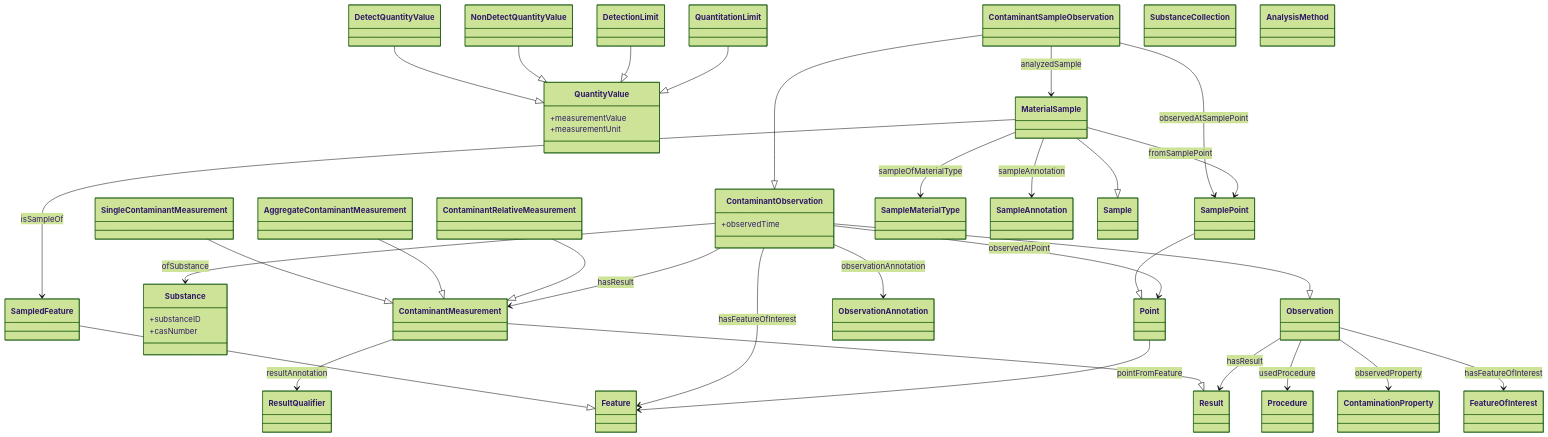
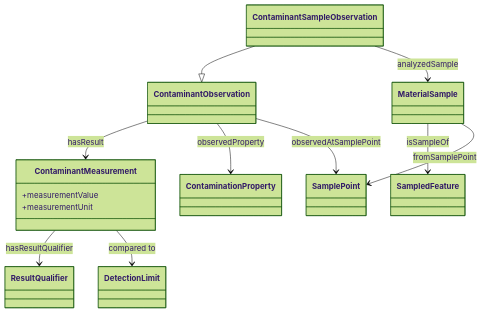
One commit to sbl-sdsc/mcp-proto-okn changed the diagram in docs/examples/sawgraph_overview.md. Above: the diagram before and after it, drawn with Mermaid (forest theme). The commit also changed other lines of this file and 14 other files, not shown here.

````diff
--- a/docs/examples/sawgraph_overview.md
+++ b/docs/examples/sawgraph_overview.md
@@ -50,74 +45,25 @@
 ```mermaid
 classDiagram
-direction TB
+    class ContaminantObservation
+    class ContaminantSampleObservation
+    class ContaminantMeasurement {
+        +measurementValue
+        +measurementUnit
+    }
+    class MaterialSample
+    class SamplePoint
+    class SampledFeature
+    class ContaminationProperty
+    class ResultQualifier
+    class DetectionLimit
 
-class ContaminantObservation {
-  +observedTime
-}
-class ContaminantSampleObservation
-class ContaminantMeasurement
-class SingleContaminantMeasurement
-class AggregateContaminantMeasurement
-class ContaminantRelativeMeasurement
-class QuantityValue {
-  +measurementValue
-  +measurementUnit
-}
-class DetectQuantityValue
-class NonDetectQuantityValue
-class DetectionLimit
-class QuantitationLimit
-class Substance {
-  +substanceID
-  +casNumber
-}
-class SubstanceCollection
-class MaterialSample
-class SampledFeature
-class Feature
-class Point
-class SamplePoint
-class SampleMaterialType
-class AnalysisMethod
-class ContaminationProperty
-class ObservationAnnotation
-class SampleAnnotation
-class ResultQualifier
-class Observation
-class Sample
-class FeatureOfInterest
-class Result
-class Procedure
-
-ContaminantObservation --|> Observation
-ContaminantSampleObservation --|> ContaminantObservation
-ContaminantMeasurement --|> Result
-SingleContaminantMeasurement --|> ContaminantMeasurement
-AggregateContaminantMeasurement --|> ContaminantMeasurement
-ContaminantRelativeMeasurement --|> ContaminantMeasurement
-DetectQuantityValue --|> QuantityValue
-NonDetectQuantityValue --|> QuantityValue
-DetectionLimit --|> QuantityValue
-QuantitationLimit --|> QuantityValue
-SampledFeature --|> Feature
-SamplePoint --|> Point
-MaterialSample --|> Sample
-
-ContaminantObservation --> ContaminantMeasurement : hasResult
-ContaminantObservation --> Substance : ofSubstance
-ContaminantObservation --> Feature : hasFeatureOfInterest
-ContaminantObservation --> Point : observedAtPoint
-ContaminantObservation --> ObservationAnnotation : observationAnnotation
-ContaminantSampleObservation --> MaterialSample : analyzedSample
-ContaminantSampleObservation --> SamplePoint : observedAtSamplePoint
-MaterialSample --> SamplePoint : fromSamplePoint
-MaterialSample --> SampleMaterialType : sampleOfMaterialType
-MaterialSample --> SampleAnnotation : sampleAnnotation
-MaterialSample --> SampledFeature : isSampleOf
-Point --> Feature : pointFromFeature
-ContaminantMeasurement --> ResultQualifier : resultAnnotation
-Observation --> FeatureOfInterest : hasFeatureOfInterest
-Observation --> Result : hasResult
-Observation --> ContaminationProperty : observedProperty
-Observation --> Procedure : usedProcedure
+    ContaminantSampleObservation --|> ContaminantObservation
+    ContaminantObservation --> ContaminantMeasurement : hasResult
+    ContaminantObservation --> ContaminationProperty : observedProperty
+    ContaminantObservation --> SamplePoint : observedAtSamplePoint
+    ContaminantSampleObservation --> MaterialSample : analyzedSample
+    MaterialSample --> SampledFeature : isSampleOf
+    MaterialSample --> SamplePoint : fromSamplePoint
+    ContaminantMeasurement --> ResultQualifier : hasResultQualifier
+    ContaminantMeasurement --> DetectionLimit : compared to
 ```
````
